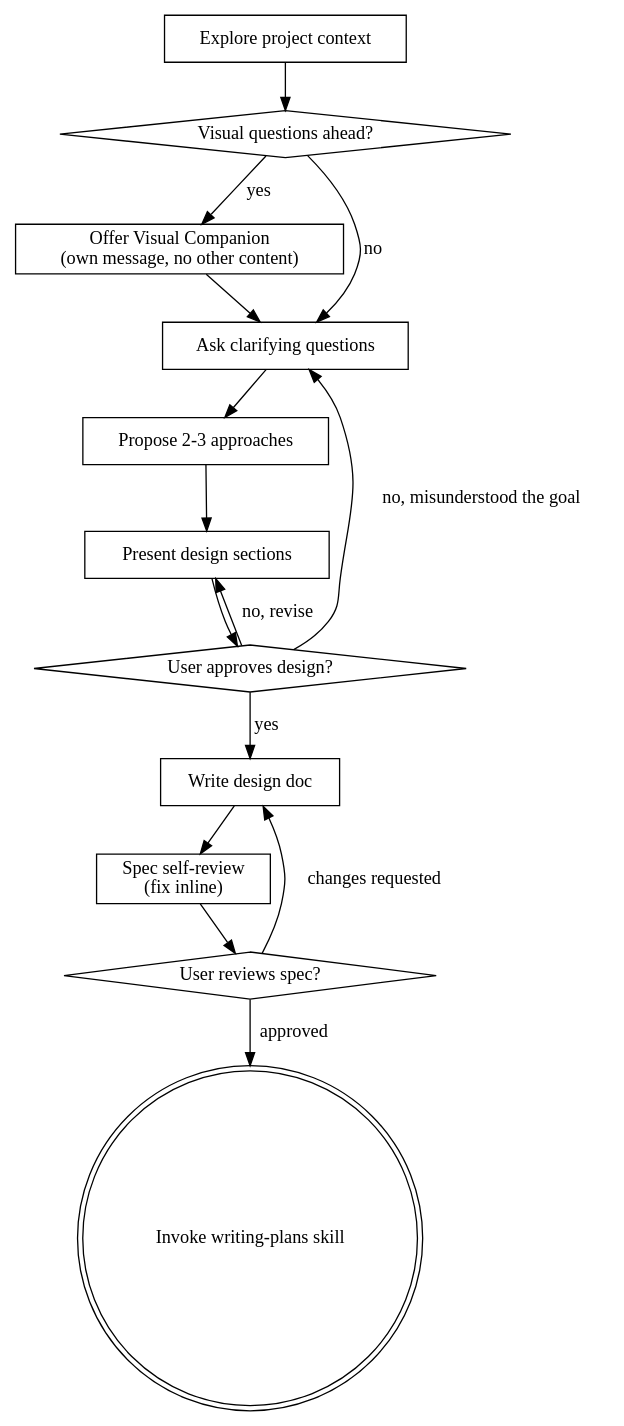
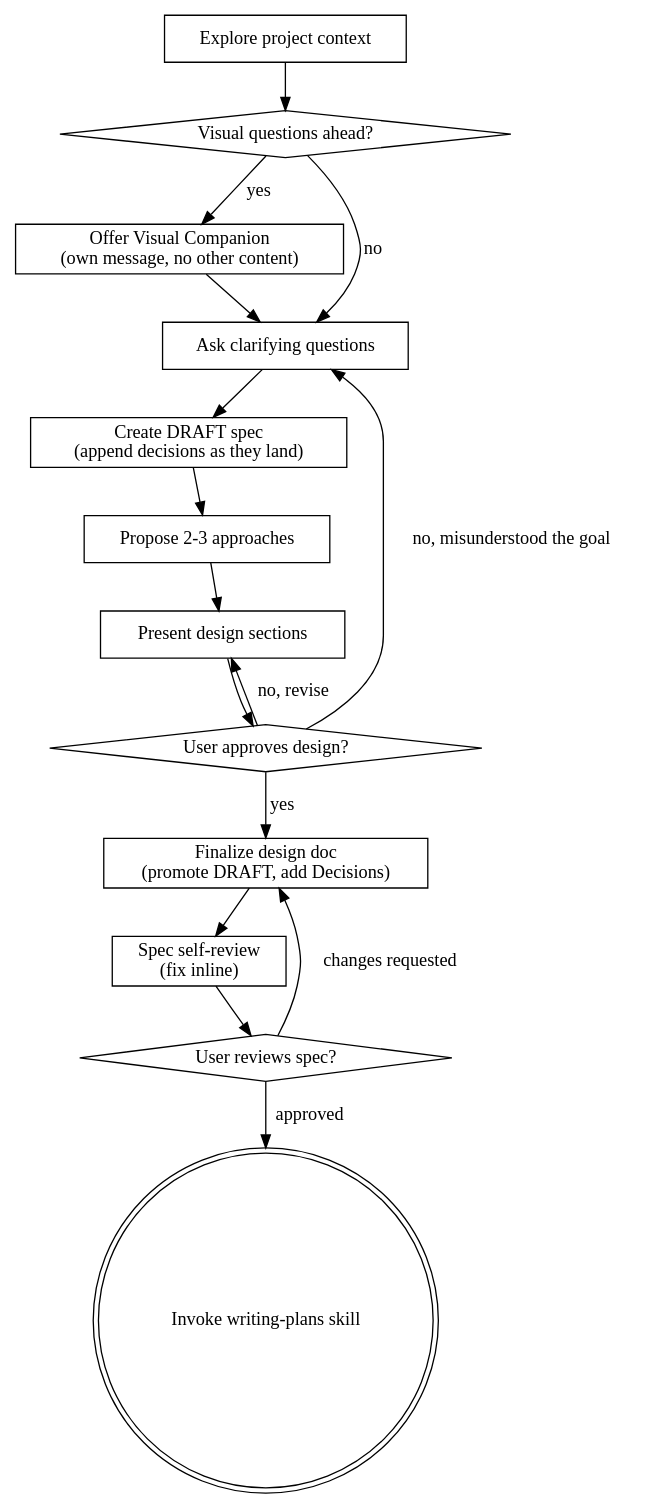
The diagram in skills/brainstorming/SKILL.md (lucianghinda/superpowers-ruby), drawn with Graphviz before and after one commit. The commit also changed 1 other file, not shown here.

Commit message:
fix(brainstorming): sync process flowchart with persist-as-you-go steps
PR #21 renamed checklist step 6 to "Finalize design doc" and introduced
persist-as-you-go drafting, but the DOT flowchart was left untouched. Since
the flowcharts are the authoritative process definition in this plugin, the
graph and the prose disagreed about when the spec file comes into existence.

- Add "Create DRAFT spec (append decisions as they land)" on the clarifying
  questions path, before the design is presented — the prose says drafting
  starts "as soon as real decisions start landing", not after approval
- Rename "Write design doc" to "Finalize design doc (promote DRAFT, add
  Decisions)", including on the "changes requested" loop-back edge
- Add a CHANGELOG entry for #21, which landed without one

````diff
--- a/skills/brainstorming/SKILL.md
+++ b/skills/brainstorming/SKILL.md
@@ -42,30 +42,32 @@
 ```dot
 digraph brainstorming {
     "Explore project context" [shape=box];
     "Visual questions ahead?" [shape=diamond];
     "Offer Visual Companion\n(own message, no other content)" [shape=box];
     "Ask clarifying questions" [shape=box];
+    "Create DRAFT spec\n(append decisions as they land)" [shape=box];
     "Propose 2-3 approaches" [shape=box];
     "Present design sections" [shape=box];
     "User approves design?" [shape=diamond];
-    "Write design doc" [shape=box];
+    "Finalize design doc\n(promote DRAFT, add Decisions)" [shape=box];
     "Spec self-review\n(fix inline)" [shape=box];
     "User reviews spec?" [shape=diamond];
     "Invoke writing-plans skill" [shape=doublecircle];
 
     "Explore project context" -> "Visual questions ahead?";
     "Visual questions ahead?" -> "Offer Visual Companion\n(own message, no other content)" [label="yes"];
     "Visual questions ahead?" -> "Ask clarifying questions" [label="no"];
     "Offer Visual Companion\n(own message, no other content)" -> "Ask clarifying questions";
-    "Ask clarifying questions" -> "Propose 2-3 approaches";
+    "Ask clarifying questions" -> "Create DRAFT spec\n(append decisions as they land)";
+    "Create DRAFT spec\n(append decisions as they land)" -> "Propose 2-3 approaches";
     "Propose 2-3 approaches" -> "Present design sections";
     "Present design sections" -> "User approves design?";
     "User approves design?" -> "Present design sections" [label="no, revise"];
     "User approves design?" -> "Ask clarifying questions" [label="no, misunderstood the goal"];
-    "User approves design?" -> "Write design doc" [label="yes"];
-    "Write design doc" -> "Spec self-review\n(fix inline)";
+    "User approves design?" -> "Finalize design doc\n(promote DRAFT, add Decisions)" [label="yes"];
+    "Finalize design doc\n(promote DRAFT, add Decisions)" -> "Spec self-review\n(fix inline)";
     "Spec self-review\n(fix inline)" -> "User reviews spec?";
-    "User reviews spec?" -> "Write design doc" [label="changes requested"];
+    "User reviews spec?" -> "Finalize design doc\n(promote DRAFT, add Decisions)" [label="changes requested"];
     "User reviews spec?" -> "Invoke writing-plans skill" [label="approved"];
 }
 ```
````
